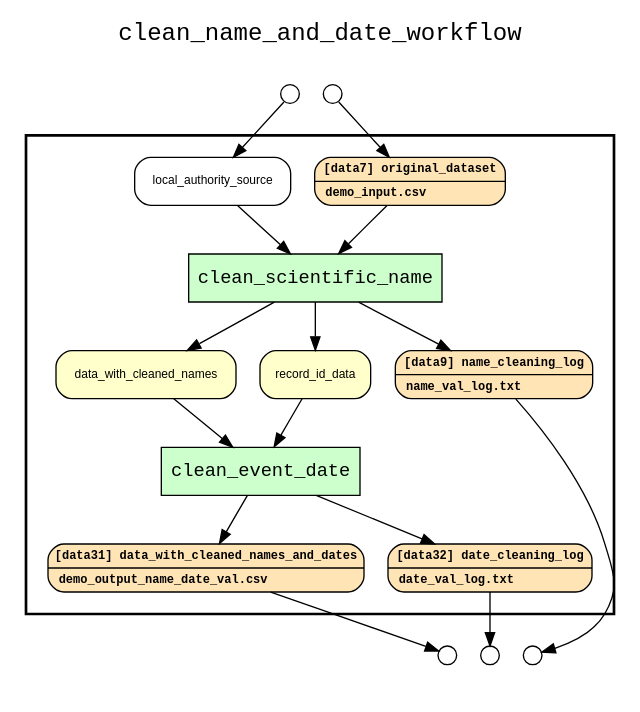
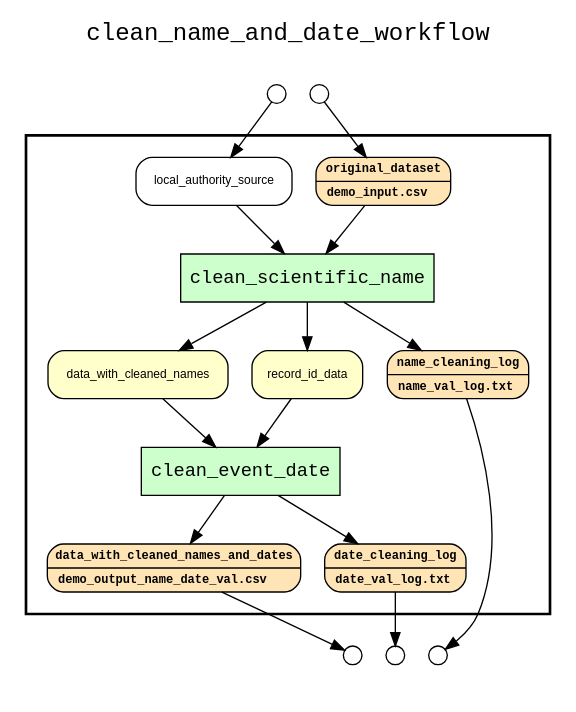
One commit to LanLi2017/yw-idcc-17 changed the diagram in examples/kurator-SPNHC16-YW-xsb/results/wf_recon_complete_graph_all_observables.gv. Above: the diagram before and after it, drawn with Graphviz. The commit also changed 106 other files, not shown here.

Commit message:
Update the reconstructed graphs.

```diff
--- a/examples/kurator-SPNHC16-YW-xsb/results/wf_recon_complete_graph_all_observables.gv
+++ b/examples/kurator-SPNHC16-YW-xsb/results/wf_recon_complete_graph_all_observables.gv
@@ -1,51 +1,51 @@
 
 digraph yw_data_view {
 rankdir=TB
 fontname=Courier; fontsize=18; labelloc=t
 label="clean_name_and_date_workflow"
 subgraph cluster_workflow { label=""; color=black; penwidth=2
 subgraph cluster_workflow_inner { label=""; color=white
 node[shape=box style="filled" fillcolor="#CCFFCC" peripheries=1 fontname=Courier]
 node[shape=box style="filled" fillcolor="#CCFFCC" peripheries=1 fontname=Courier]
 clean_scientific_name
 clean_event_date
 node[shape=box style="rounded,filled" fillcolor="#FFE4B5" peripheries=1 fontname="Courier-Bold" fontsize=9]
-original_dataset[shape=record rankdir=LR label="{<f0> [data7] original_dataset |<f1>demo_input.csv\l}"]
+original_dataset[shape=record rankdir=LR label="{<f0> original_dataset |<f1>demo_input.csv\l}"]
 node[shape=box style="rounded,filled" fillcolor="#FFFFCC" peripheries=1 fontname=Helvetica]
 data_with_cleaned_names
 record_id_data
 node[shape=box style="rounded,filled" fillcolor="#FFE4B5" peripheries=1 fontname="Courier-Bold" fontsize=9]
-name_cleaning_log[shape=record rankdir=LR label="{<f0> [data9] name_cleaning_log |<f1>name_val_log.txt\l}"]
-data_with_cleaned_names_and_dates[shape=record rankdir=LR label="{<f0> [data31] data_with_cleaned_names_and_dates |<f1>demo_output_name_date_val.csv\l}"]
-date_cleaning_log[shape=record rankdir=LR label="{<f0> [data32] date_cleaning_log |<f1>date_val_log.txt\l}"]
+name_cleaning_log[shape=record rankdir=LR label="{<f0> name_cleaning_log |<f1>name_val_log.txt\l}"]
+data_with_cleaned_names_and_dates[shape=record rankdir=LR label="{<f0> data_with_cleaned_names_and_dates |<f1>demo_output_name_date_val.csv\l}"]
+date_cleaning_log[shape=record rankdir=LR label="{<f0> date_cleaning_log |<f1>date_val_log.txt\l}"]
 node[shape=box style="rounded,filled" fillcolor="#FFFFFF" peripheries=1 fontname=Helvetica]
 local_authority_source
 }}
 subgraph cluster_inflows { label=""; color=white; penwidth=2
 subgraph cluster_inflows_inner { label=""; color=white
 node[shape=circle fillcolor="#FFFFFF" peripheries=1 width=0.2]
 original_dataset_inflow [label=""]
 local_authority_source_inflow [label=""]
 }}
 subgraph cluster_outflows { label=""; color=white; penwidth=2
 subgraph cluster_outflows_inner { label=""; color=white
 node[shape=circle fillcolor="#FFFFFF" peripheries=1 width=0.2]
 date_cleaning_log_outflow [label=""]
 data_with_cleaned_names_and_dates_outflow [label=""]
 name_cleaning_log_outflow [label=""]
 }}
 local_authority_source -> clean_scientific_name
 original_dataset -> clean_scientific_name
 data_with_cleaned_names -> clean_event_date
 record_id_data -> clean_event_date
 clean_scientific_name -> data_with_cleaned_names
 clean_scientific_name -> name_cleaning_log
 clean_scientific_name -> record_id_data
 clean_event_date -> data_with_cleaned_names_and_dates
 clean_event_date -> date_cleaning_log
 original_dataset_inflow -> original_dataset
 local_authority_source_inflow -> local_authority_source
 date_cleaning_log -> date_cleaning_log_outflow
 data_with_cleaned_names_and_dates -> data_with_cleaned_names_and_dates_outflow
 name_cleaning_log -> name_cleaning_log_outflow
 }
```
